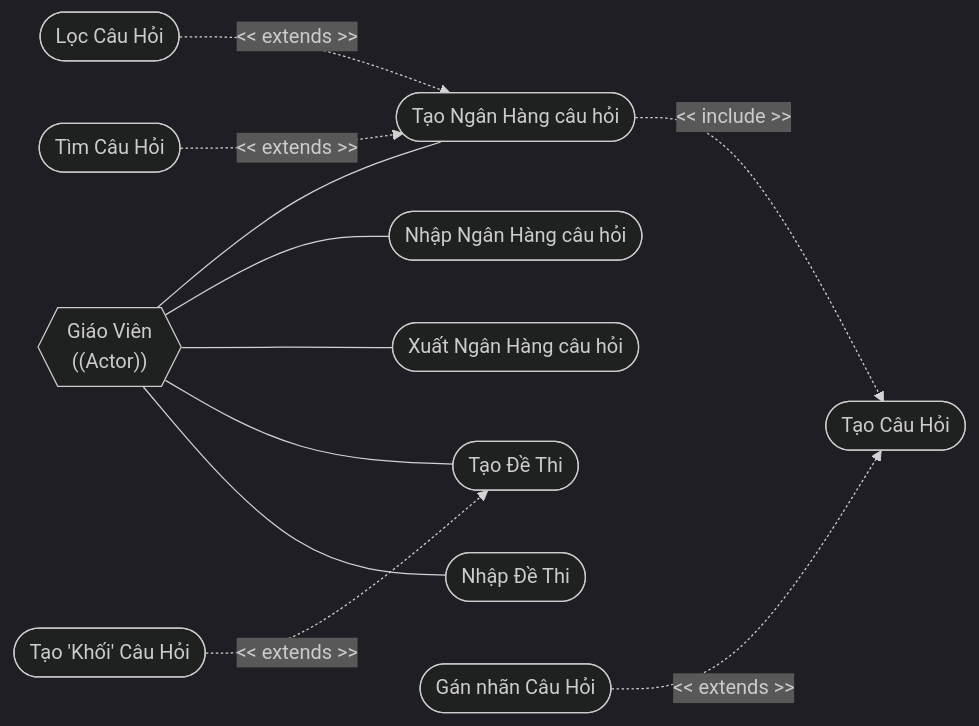
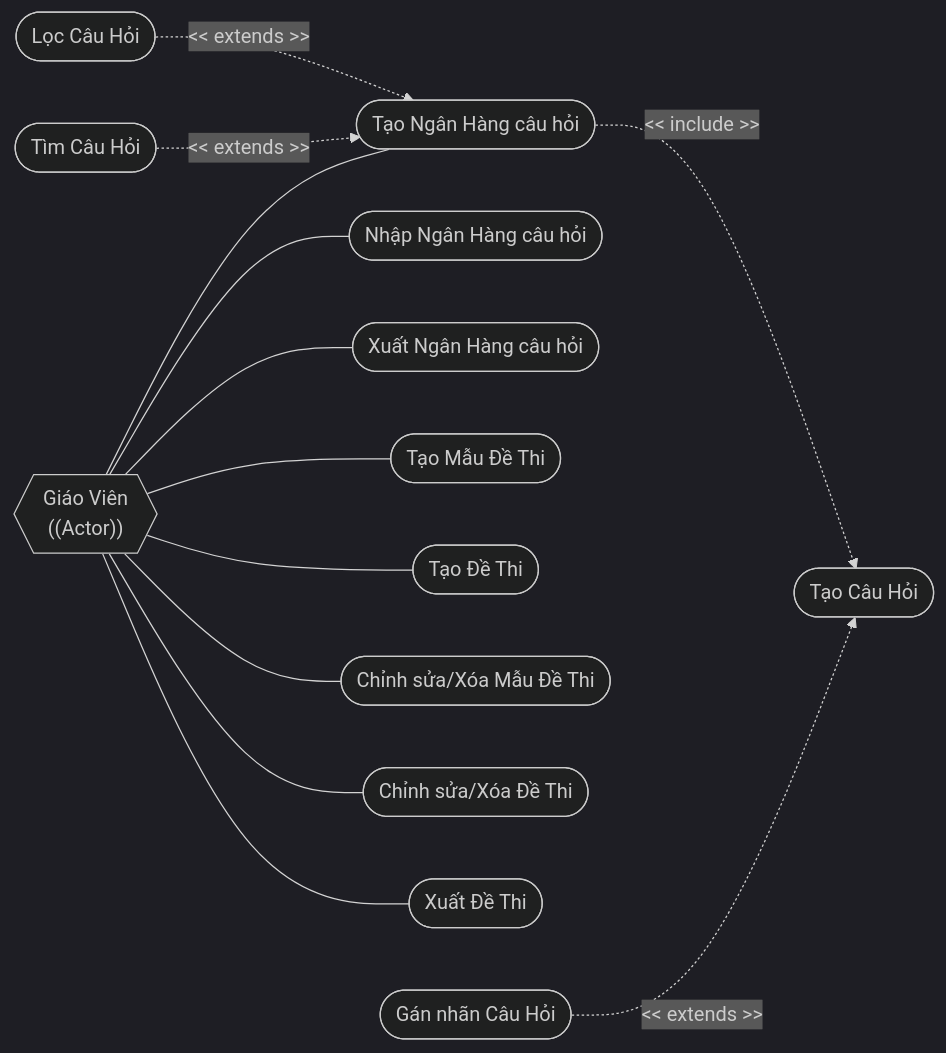
One commit to DucMinh2211/exam-helper changed the second of 4 diagrams in docs/design-doc.md. Above: the diagram before and after it, drawn with Mermaid (dark theme). The commit also changed other lines of this file and 15 other files, not shown here.

Commit message:
feat: impl Exam, ExamSeed, QuestionBlock, ExamGen

````diff
--- a/docs/design-doc.md
+++ b/docs/design-doc.md
@@ -81,31 +82,34 @@
 ```mermaid
 graph LR
 
 %% Actors
 Teacher{{"Giáo Viên <br> ((Actor))"}}
 
 %% Use-cases
 CreateBank([Tạo Ngân Hàng câu hỏi])
 ImportBank([Nhập Ngân Hàng câu hỏi])
 ExportBank([Xuất Ngân Hàng câu hỏi])
-GenExam([Tạo Đề Thi])
-ExportExam([Nhập Đề Thi])
+CreateExamSeed([Tạo Mẫu Đề Thi])
+EditExamSeed([Chỉnh sửa/Xóa Mẫu Đề Thi])
+CreateExam([Tạo Đề Thi])
+EditExam([Chỉnh sửa/Xóa Đề Thi])
+ExportExam([Xuất Đề Thi])
 
 CreateQuestion([Tạo Câu Hỏi])
 TagQuestion([Gán nhãn Câu Hỏi])
 FilterQuestion([Lọc Câu Hỏi])
 FindQuestion([Tìm Câu Hỏi])
-
-CreateBlock([Tạo 'Khối' Câu Hỏi])
 
 %% Connection
 Teacher --- CreateBank -.->|"<< include >>"| CreateQuestion
 TagQuestion -.->|"<< extends >>"| CreateQuestion
 FilterQuestion -.->|"<< extends >>"| CreateBank
 FindQuestion -.->|"<< extends >>"| CreateBank
 Teacher --- ImportBank
 Teacher --- ExportBank
-Teacher --- GenExam
-CreateBlock -.->|"<< extends >>"| GenExam
+Teacher --- CreateExamSeed
+Teacher --- CreateExam
+Teacher --- EditExamSeed
+Teacher --- EditExam
 Teacher --- ExportExam
 ```
````
